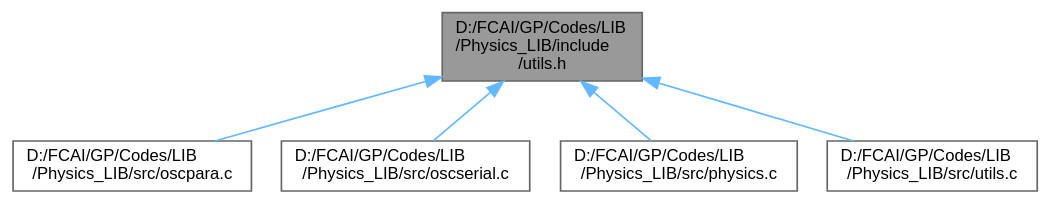
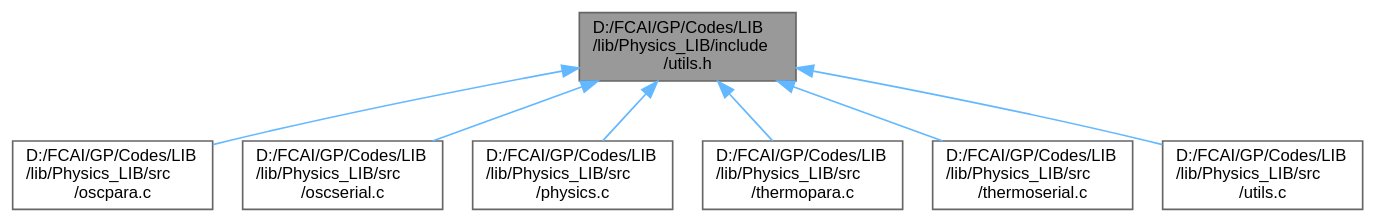
Before and after one commit to Computational-science-based-on-HPC/Computational-science-based-on-HPC.github.i: the diagram in utils_8h__dep__incl.dot, drawn with Graphviz. The commit also changed 103 other files, not shown here.

```diff
--- a/utils_8h__dep__incl.dot
+++ b/utils_8h__dep__incl.dot
@@ -1,16 +1,20 @@
-digraph "D:/FCAI/GP/Codes/LIB/Physics_LIB/include/utils.h"
+digraph "D:/FCAI/GP/Codes/LIB/lib/Physics_LIB/include/utils.h"
 {
  // LATEX_PDF_SIZE
   bgcolor="transparent";
   edge [fontname=Helvetica,fontsize=10,labelfontname=Helvetica,labelfontsize=10];
   node [fontname=Helvetica,fontsize=10,shape=box,height=0.2,width=0.4];
-  Node1 [id="Node000001",label="D:/FCAI/GP/Codes/LIB\l/Physics_LIB/include\l/utils.h",height=0.2,width=0.4,color="gray40", fillcolor="grey60", style="filled", fontcolor="black",tooltip=" "];
+  Node1 [id="Node000001",label="D:/FCAI/GP/Codes/LIB\l/lib/Physics_LIB/include\l/utils.h",height=0.2,width=0.4,color="gray40", fillcolor="grey60", style="filled", fontcolor="black",tooltip="This file contains utility functions used by oscillations simulation to help in calculations."];
   Node1 -> Node2 [id="edge1_Node000001_Node000002",dir="back",color="steelblue1",style="solid",tooltip=" "];
-  Node2 [id="Node000002",label="D:/FCAI/GP/Codes/LIB\l/Physics_LIB/src/oscpara.c",height=0.2,width=0.4,color="grey40", fillcolor="white", style="filled",URL="$oscpara_8c.html",tooltip="This file contains the implementation of the parallel versions of the oscillation simulation in 1D an..."];
+  Node2 [id="Node000002",label="D:/FCAI/GP/Codes/LIB\l/lib/Physics_LIB/src\l/oscpara.c",height=0.2,width=0.4,color="grey40", fillcolor="white", style="filled",URL="$oscpara_8c.html",tooltip="This file contains the implementation of the parallel versions of the oscillation simulation in 1D an..."];
   Node1 -> Node3 [id="edge2_Node000001_Node000003",dir="back",color="steelblue1",style="solid",tooltip=" "];
-  Node3 [id="Node000003",label="D:/FCAI/GP/Codes/LIB\l/Physics_LIB/src/oscserial.c",height=0.2,width=0.4,color="grey40", fillcolor="white", style="filled",URL="$oscserial_8c.html",tooltip="This file contains the implementation of the serial version of the oscillation simulation in 1D and 2..."];
+  Node3 [id="Node000003",label="D:/FCAI/GP/Codes/LIB\l/lib/Physics_LIB/src\l/oscserial.c",height=0.2,width=0.4,color="grey40", fillcolor="white", style="filled",URL="$oscserial_8c.html",tooltip="This file contains the implementation of the serial version of the oscillation simulation in 1D and 2..."];
   Node1 -> Node4 [id="edge3_Node000001_Node000004",dir="back",color="steelblue1",style="solid",tooltip=" "];
-  Node4 [id="Node000004",label="D:/FCAI/GP/Codes/LIB\l/Physics_LIB/src/physics.c",height=0.2,width=0.4,color="grey40", fillcolor="white", style="filled",URL="$physics_8c.html",tooltip="This file contains collection of all simulations calls."];
+  Node4 [id="Node000004",label="D:/FCAI/GP/Codes/LIB\l/lib/Physics_LIB/src\l/physics.c",height=0.2,width=0.4,color="grey40", fillcolor="white", style="filled",URL="$physics_8c.html",tooltip="This file contains collection of all simulations calls."];
   Node1 -> Node5 [id="edge4_Node000001_Node000005",dir="back",color="steelblue1",style="solid",tooltip=" "];
-  Node5 [id="Node000005",label="D:/FCAI/GP/Codes/LIB\l/Physics_LIB/src/utils.c",height=0.2,width=0.4,color="grey40", fillcolor="white", style="filled",URL="$utils_8c.html",tooltip=" "];
+  Node5 [id="Node000005",label="D:/FCAI/GP/Codes/LIB\l/lib/Physics_LIB/src\l/thermopara.c",height=0.2,width=0.4,color="grey40", fillcolor="white", style="filled",URL="$thermopara_8c.html",tooltip=" "];
+  Node1 -> Node6 [id="edge5_Node000001_Node000006",dir="back",color="steelblue1",style="solid",tooltip=" "];
+  Node6 [id="Node000006",label="D:/FCAI/GP/Codes/LIB\l/lib/Physics_LIB/src\l/thermoserial.c",height=0.2,width=0.4,color="grey40", fillcolor="white", style="filled",URL="$thermoserial_8c.html",tooltip=" "];
+  Node1 -> Node7 [id="edge6_Node000001_Node000007",dir="back",color="steelblue1",style="solid",tooltip=" "];
+  Node7 [id="Node000007",label="D:/FCAI/GP/Codes/LIB\l/lib/Physics_LIB/src\l/utils.c",height=0.2,width=0.4,color="grey40", fillcolor="white", style="filled",URL="$utils_8c.html",tooltip=" "];
 }
```
